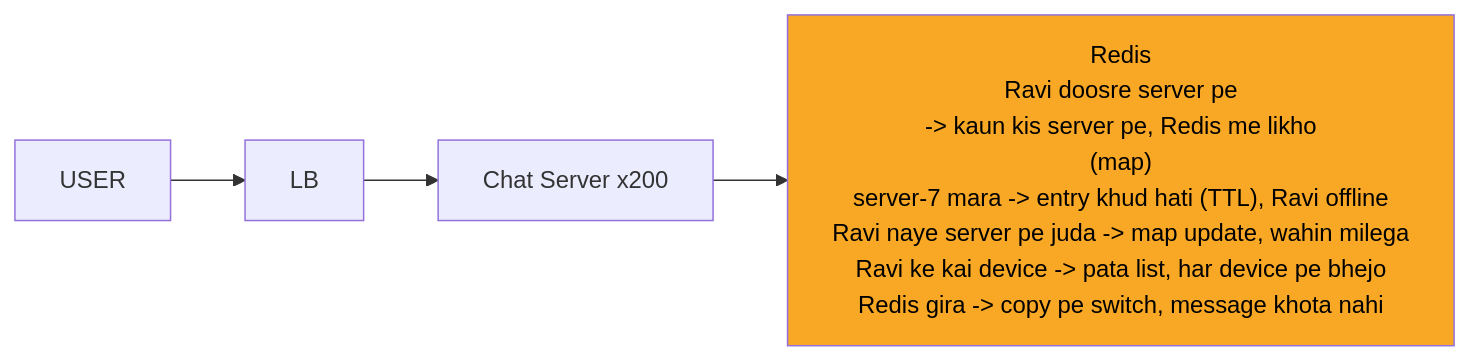
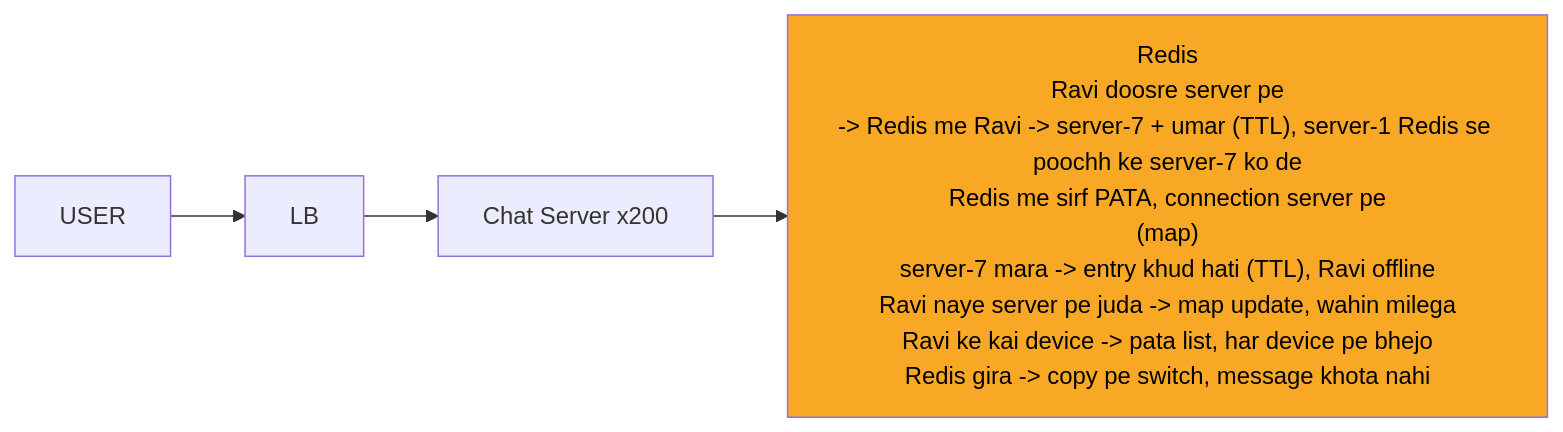
Before and after one commit to ArpanMaheshwari144/Prep: the third of 12 diagrams in 04_HLD/SYSTEM_DESIGNS/14_chat_messaging/14_chat_messaging.md, drawn with Mermaid. The commit also changed other lines of this file and 13 other files, not shown here.

````diff
--- a/04_HLD/SYSTEM_DESIGNS/14_chat_messaging/14_chat_messaging.md
+++ b/04_HLD/SYSTEM_DESIGNS/14_chat_messaging/14_chat_messaging.md
@@ -161,12 +165,12 @@
 ```mermaid
 %%{init: {"flowchart": {"wrappingWidth": 450}}}%%
 flowchart LR
     n_U["USER"]
     n_LB["LB"]
     n_CS["Chat Server x200"]
-    n_R["Redis<br/>Ravi doosre server pe<br/>-> kaun kis server pe, Redis me likho<br/>(map)<br/>server-7 mara -> entry khud hati (TTL), Ravi offline<br/>Ravi naye server pe juda -> map update, wahin milega<br/>Ravi ke kai device -> pata list, har device pe bhejo<br/>Redis gira -> copy pe switch, message khota nahi"]
+    n_R["Redis<br/>Ravi doosre server pe<br/>-> Redis me Ravi -> server-7 + umar (TTL), server-1 Redis se poochh ke server-7 ko de<br/>Redis me sirf PATA, connection server pe<br/>(map)<br/>server-7 mara -> entry khud hati (TTL), Ravi offline<br/>Ravi naye server pe juda -> map update, wahin milega<br/>Ravi ke kai device -> pata list, har device pe bhejo<br/>Redis gira -> copy pe switch, message khota nahi"]
     n_U --> n_LB
     n_LB --> n_CS
     n_CS --> n_R
     style n_R fill:#f9a825,color:#000
 ```
````
